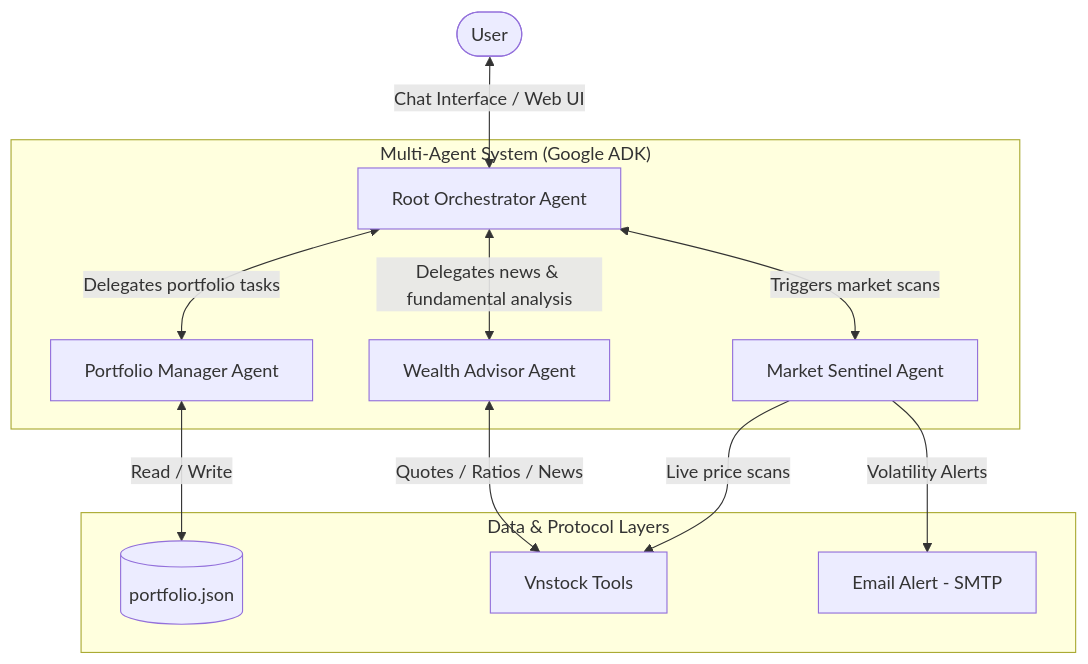
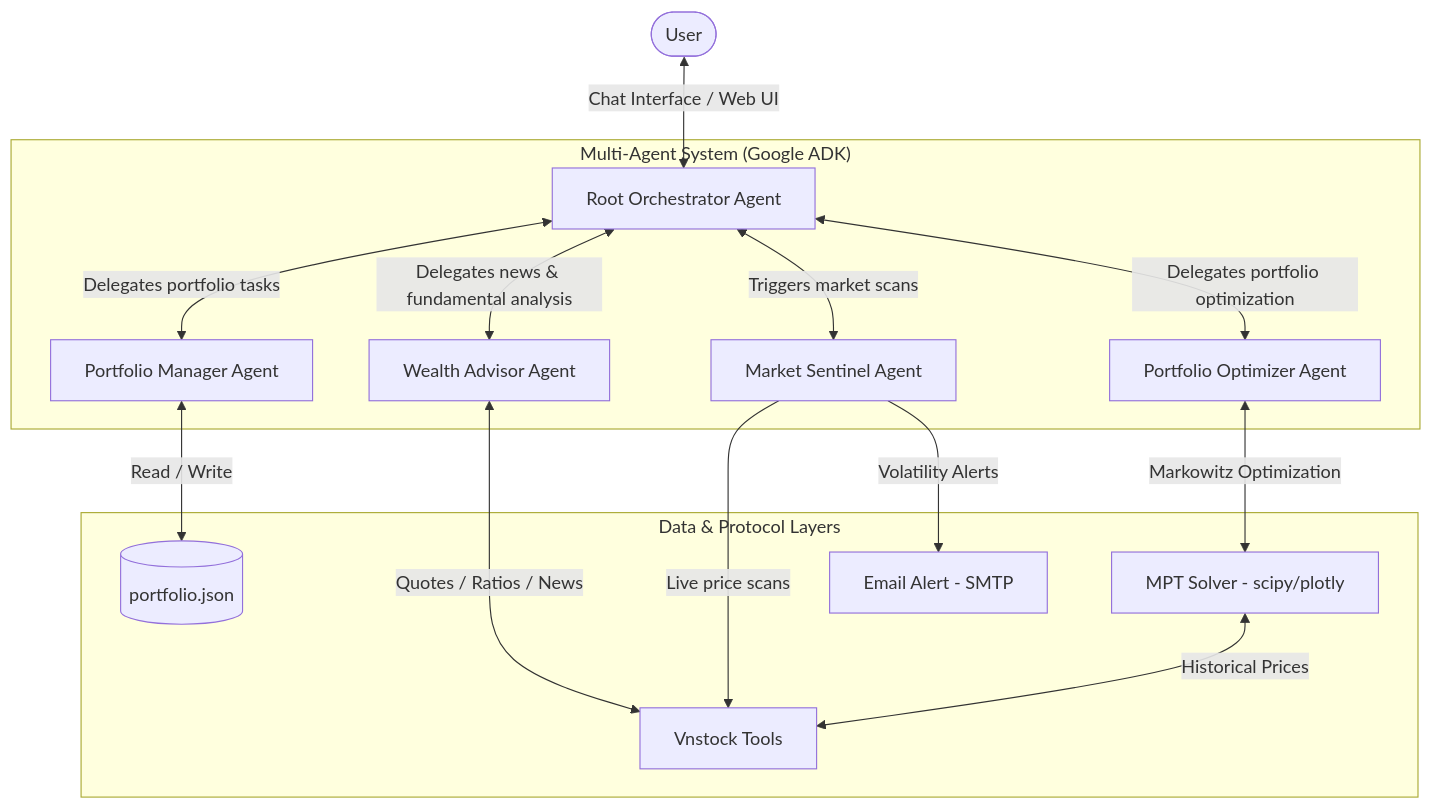
Before and after one commit to wane-bs/wealth-concierge-agent: the first of 2 diagrams in README.md, drawn with Mermaid. The commit also changed other lines of this file and 7 other files, not shown here.

Commit message:
feat: integrate portfolio_optimizer sub-agent, MPT quantitative features, and dynamic bilingual dashboard

````diff
--- a/README.md
+++ b/README.md
@@ -12,17 +12,20 @@
 ```mermaid
 flowchart TD
     User([User]) <-->|Chat Interface / Web UI| Root[Root Orchestrator Agent]
     
     subgraph "Multi-Agent System (Google ADK)"
         Root <-->|Delegates portfolio tasks| PM[Portfolio Manager Agent]
         Root <-->|Delegates news & fundamental analysis| WA[Wealth Advisor Agent]
         Root <-->|Triggers market scans| MS[Market Sentinel Agent]
+        Root <-->|Delegates portfolio optimization| PO[Portfolio Optimizer Agent]
     end
 
     subgraph "Data & Protocol Layers"
         PM <-->|Read / Write| JSON[(portfolio.json)]
         WA <-->|Quotes / Ratios / News| VS[Vnstock Tools]
         MS -->|Live price scans| VS
         MS -->|Volatility Alerts| SMTP[Email Alert - SMTP]
+        PO <-->|Markowitz Optimization| OPT[MPT Solver - scipy/plotly]
+        OPT <-->|Historical Prices| VS
     end
 ```
````
